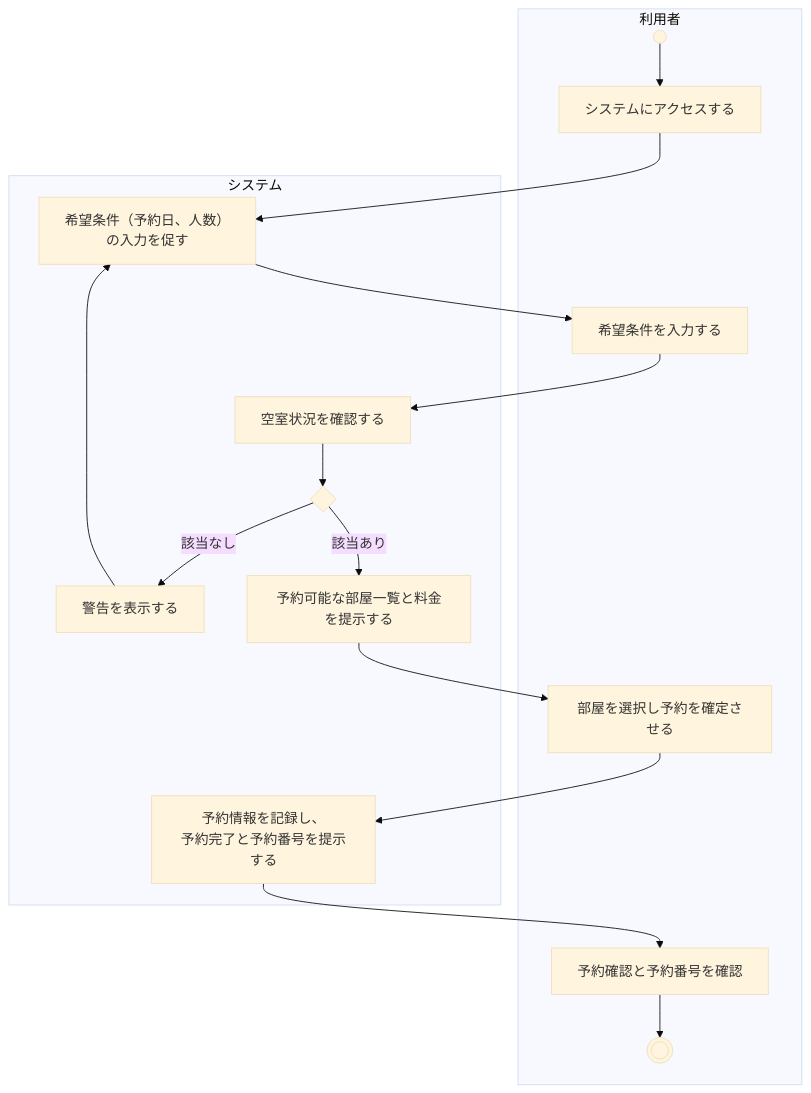
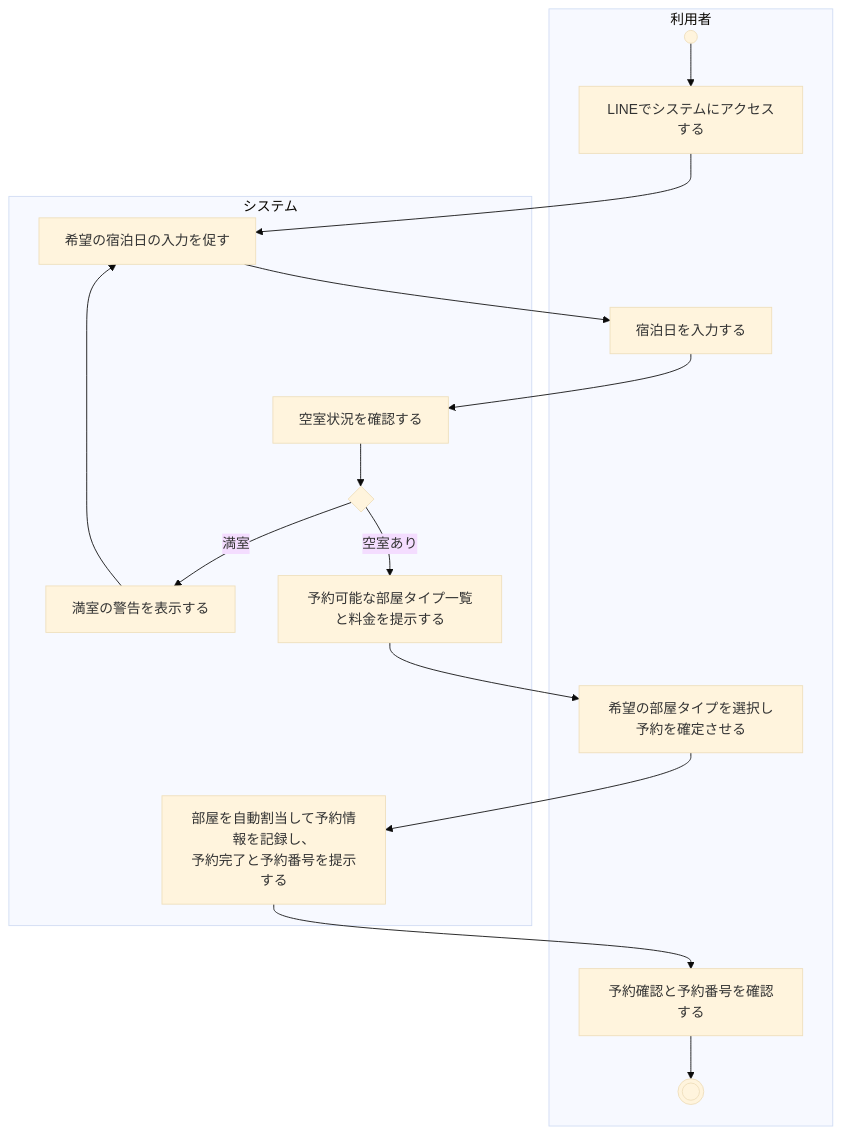
The second of 4 diagrams in Requirements_Analysis.md (Kohki-tyl/HRS), drawn with Mermaid (base theme) before and after one commit. The commit also changed other lines of this file and 1 other file, not shown here.

````diff
--- a/Requirements_Analysis.md
+++ b/Requirements_Analysis.md
@@ -155,37 +157,36 @@
 ```mermaid
 flowchart TD
     subgraph U[利用者]
-        A0(( )) --> A1[システムにアクセスする]
-        A4[希望条件を入力する]
-        %%入力しない場合は終了
-        A9[部屋を選択し予約を確定させる]
-        A11[予約確認と予約番号を確認] --> A12((( )))
+        A0(( )) --> A1[LINEでシステムにアクセスする]
+        A4[宿泊日を入力する]
+        A9[希望の部屋タイプを選択し予約を確定させる]
+        A11[予約確認と予約番号を確認する] --> A12((( )))
     end
 
     subgraph S[システム]
-        A2[希望条件（予約日、人数）<br/>の入力を促す]
+        A2[希望の宿泊日の入力を促す]
         A5[空室状況を確認する]
         A6{ }
-        A7[予約可能な部屋一覧と料金を提示する]
-        A8[警告を表示する]
-        A10[予約情報を記録し、<br/>予約完了と予約番号を提示する]
+        A7[予約可能な部屋タイプ一覧と料金を提示する]
+        A8[満室の警告を表示する]
+        A10[部屋を自動割当して予約情報を記録し、<br/>予約完了と予約番号を提示する]
     end
 
-    %% スイムレーン間およびノード間のコントロールフロー
+    %% コントロールフロー
     A1 --> A2
     A2 --> A4
     A4 --> A5
     A5 --> A6
     
     %% 条件分岐（空室状況の確認結果）
-    A6 -->|該当あり| A7
-    A6 -->|該当なし| A8
+    A6 -->|空室あり| A7
+    A6 -->|満室| A8
     
     %% ループ（警告表示から再入力の促しへ）
     A8 --> A2
     
     %% 予約確定から完了への流れ
     A7 --> A9
     A9 --> A10
     A10 --> A11
 ```
````
